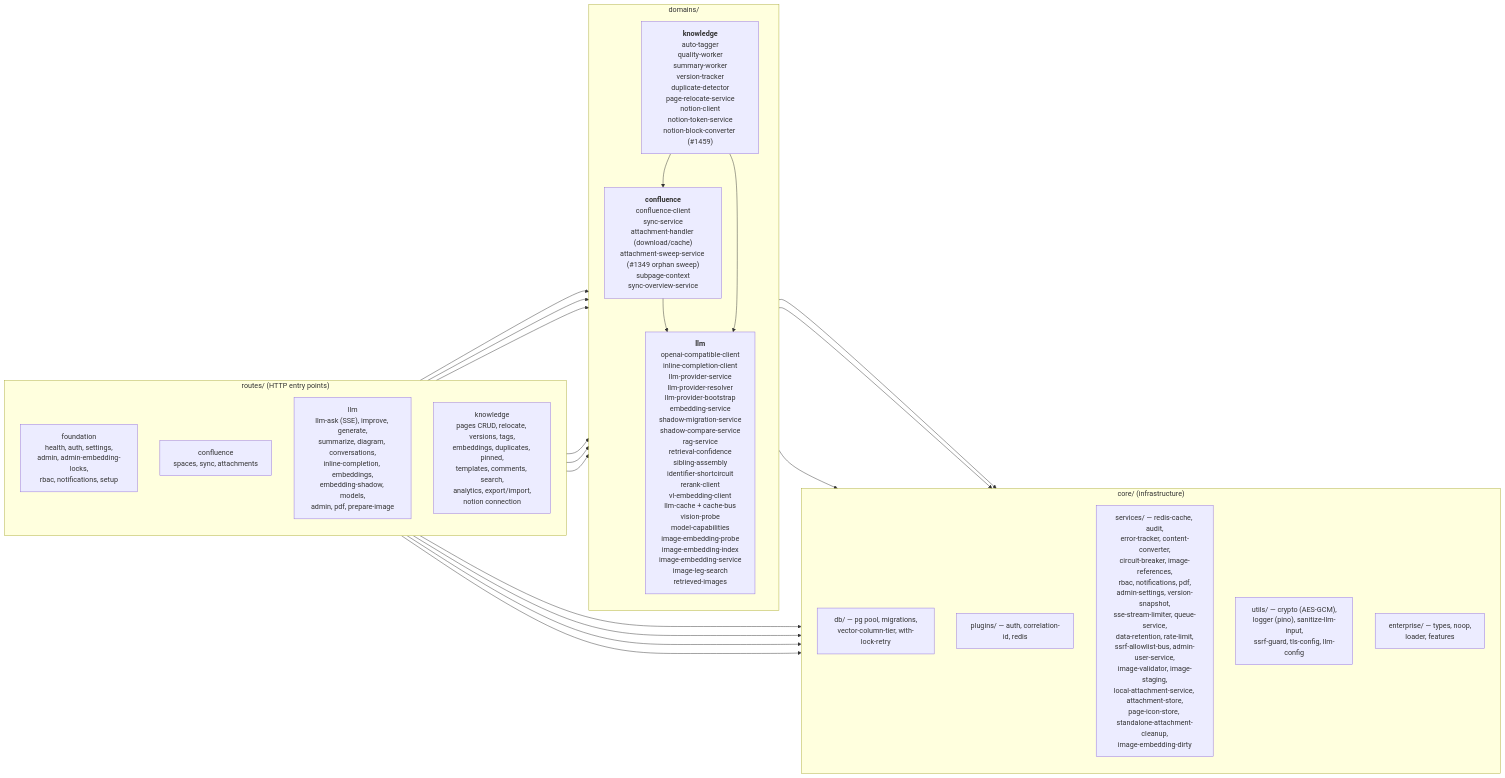
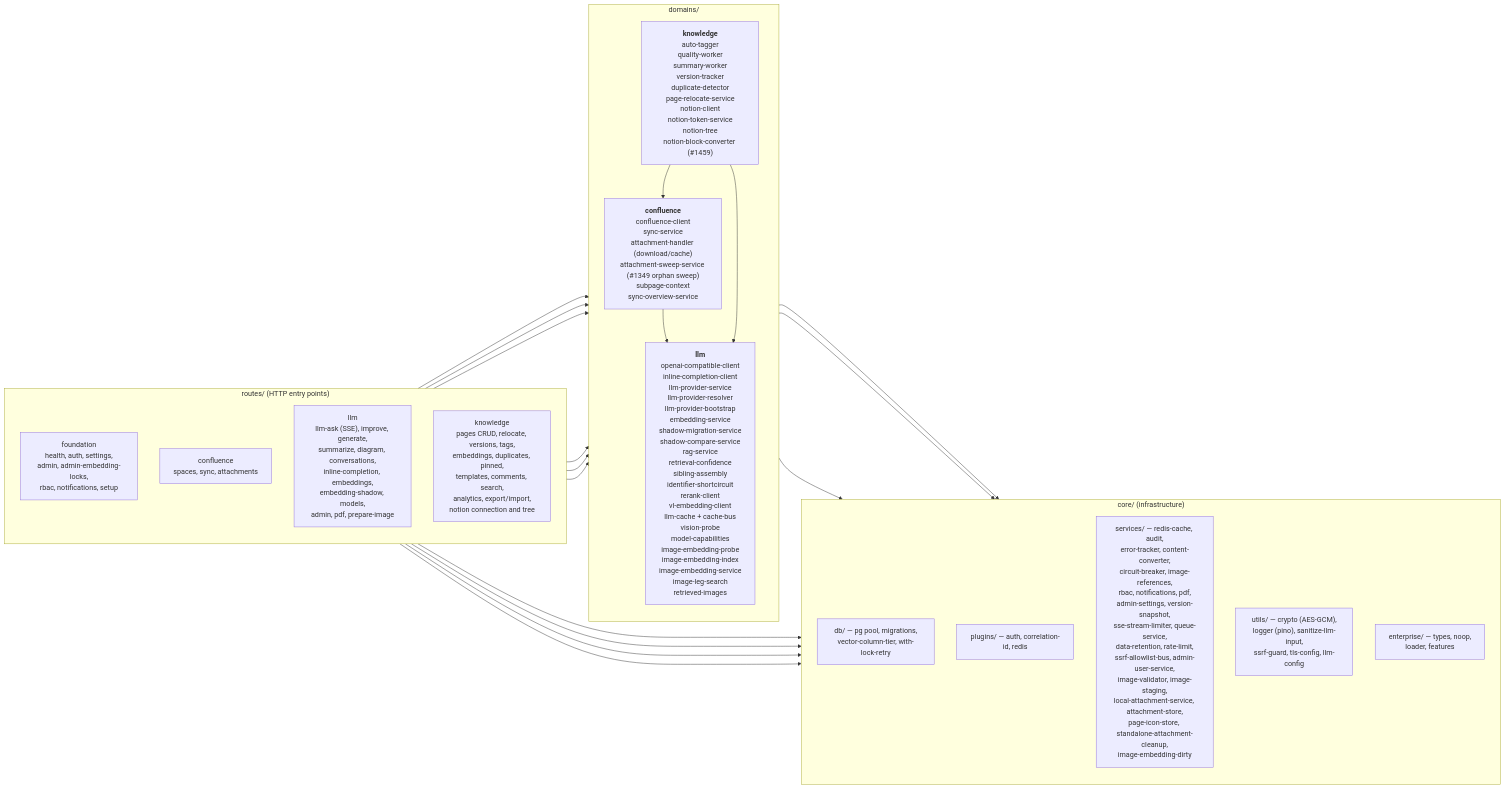
Before and after one commit to Compendiq/compendiq-ce: the first of 3 diagrams in docs/architecture/03-backend-domains.md, drawn with Mermaid. The commit also changed 8 other files, not shown here.

First line of the commit message:
feat(knowledge): expose a Notion workspace tree with skip rules (#1463)

````diff
--- a/docs/architecture/03-backend-domains.md
+++ b/docs/architecture/03-backend-domains.md
@@ -9,44 +9,44 @@
 ```mermaid
 flowchart LR
     subgraph routes["routes/ (HTTP entry points)"]
         direction TB
         rF["foundation<br/>health, auth, settings,<br/>admin, admin-embedding-locks,<br/>rbac, notifications, setup"]
         rC["confluence<br/>spaces, sync, attachments"]
         rL["llm<br/>llm-ask (SSE), improve, generate,<br/>summarize, diagram, conversations,<br/>inline-completion, embeddings,<br/>embedding-shadow, models,<br/>admin, pdf, prepare-image"]
-        rK["knowledge<br/>pages CRUD, relocate, versions, tags,<br/>embeddings, duplicates, pinned,<br/>templates, comments, search,<br/>analytics, export/import,<br/>notion connection"]
+        rK["knowledge<br/>pages CRUD, relocate, versions, tags,<br/>embeddings, duplicates, pinned,<br/>templates, comments, search,<br/>analytics, export/import,<br/>notion connection and tree"]
     end
 
     subgraph domains["domains/"]
         direction TB
         dC["<b>confluence</b><br/>confluence-client<br/>sync-service<br/>attachment-handler (download/cache)<br/>attachment-sweep-service (#1349 orphan sweep)<br/>subpage-context<br/>sync-overview-service"]
         dL["<b>llm</b><br/>openai-compatible-client<br/>inline-completion-client<br/>llm-provider-service<br/>llm-provider-resolver<br/>llm-provider-bootstrap<br/>embedding-service<br/>shadow-migration-service<br/>shadow-compare-service<br/>rag-service<br/>retrieval-confidence<br/>sibling-assembly<br/>identifier-shortcircuit<br/>rerank-client<br/>vl-embedding-client<br/>llm-cache + cache-bus<br/>vision-probe<br/>model-capabilities<br/>image-embedding-probe<br/>image-embedding-index<br/>image-embedding-service<br/>image-leg-search<br/>retrieved-images"]
-        dK["<b>knowledge</b><br/>auto-tagger<br/>quality-worker<br/>summary-worker<br/>version-tracker<br/>duplicate-detector<br/>page-relocate-service<br/>notion-client<br/>notion-token-service<br/>notion-block-converter (#1459)"]
+        dK["<b>knowledge</b><br/>auto-tagger<br/>quality-worker<br/>summary-worker<br/>version-tracker<br/>duplicate-detector<br/>page-relocate-service<br/>notion-client<br/>notion-token-service<br/>notion-tree<br/>notion-block-converter (#1459)"]
     end
 
     subgraph core["core/ (infrastructure)"]
         direction TB
         cDB["db/ — pg pool, migrations,<br/>vector-column-tier, with-lock-retry"]
         cPlug["plugins/ — auth, correlation-id, redis"]
         cSvc["services/ — redis-cache, audit,<br/>error-tracker, content-converter,<br/>circuit-breaker, image-references,<br/>rbac, notifications, pdf,<br/>admin-settings, version-snapshot,<br/>sse-stream-limiter, queue-service,<br/>data-retention, rate-limit,<br/>ssrf-allowlist-bus, admin-user-service,<br/>image-validator, image-staging,<br/>local-attachment-service, attachment-store,<br/>page-icon-store, standalone-attachment-cleanup,<br/>image-embedding-dirty"]
         cUtil["utils/ — crypto (AES-GCM),<br/>logger (pino), sanitize-llm-input,<br/>ssrf-guard, tls-config, llm-config"]
         cEnt["enterprise/ — types, noop,<br/>loader, features"]
     end
 
     rF --> core
     rC --> core
     rC --> dC
     rL --> core
     rL --> dL
     rL --> dC
     rK --> core
     rK --> dK
     rK --> dL
     rK --> dC
 
     dC --> core
     dC --> dL
     dL --> core
     dK --> core
     dK --> dL
     dK --> dC
 ```
````
